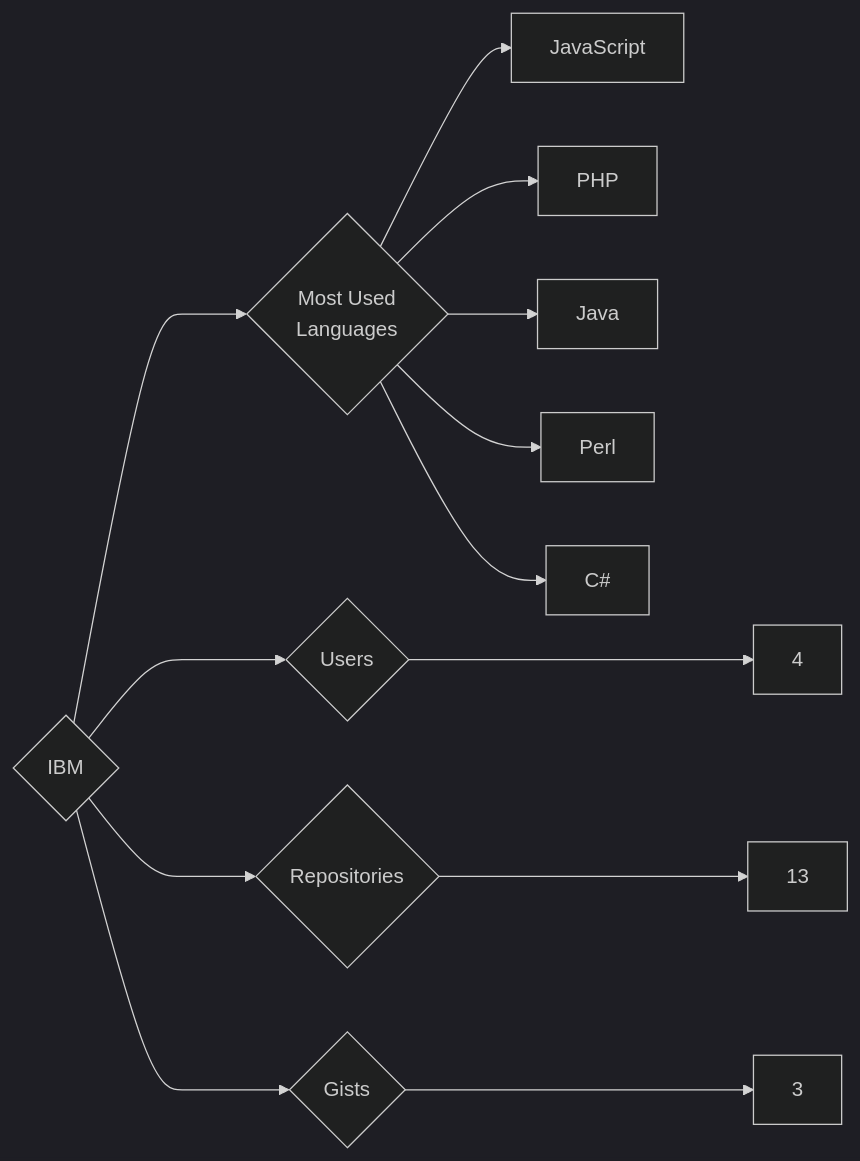
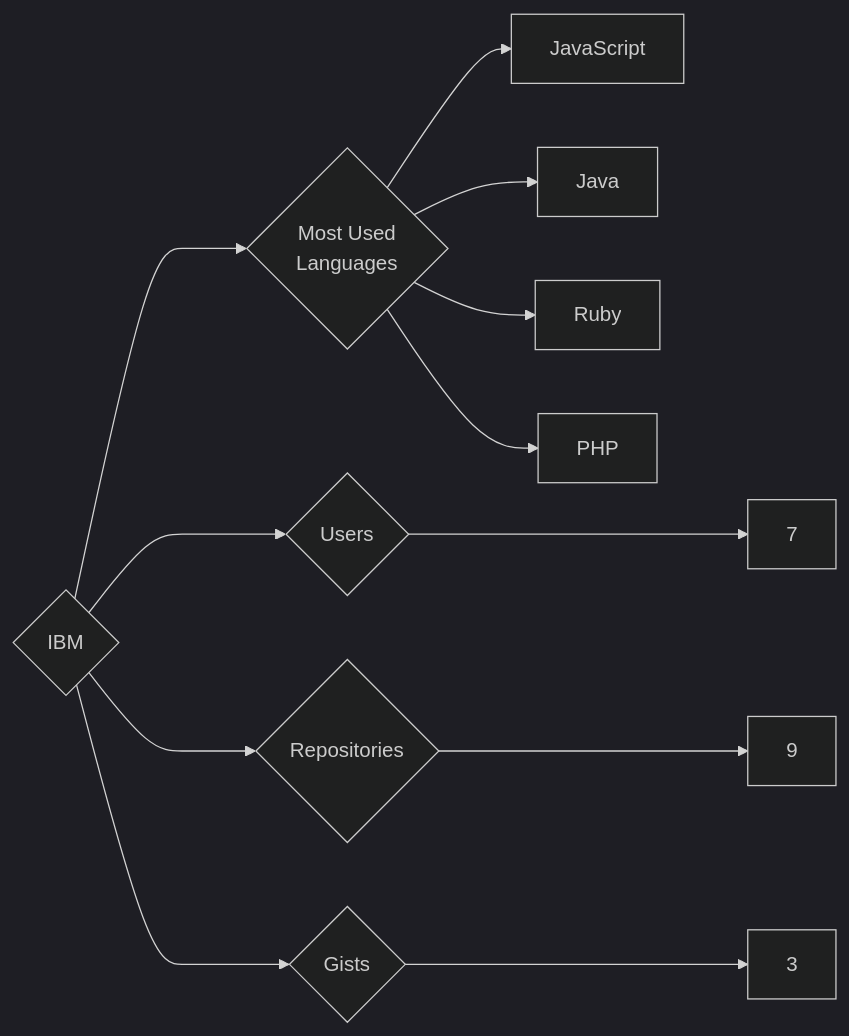
Before and after one commit to trickest/insiders: the diagram in targets/IBM/README.md, drawn with Mermaid (dark theme). The commit also changed 1089 other files, not shown here.

````diff
--- a/targets/IBM/README.md
+++ b/targets/IBM/README.md
@@ -3,13 +3,12 @@
 ```mermaid
 graph LR
 COMPANY_NAME{IBM}
-COMPANY_NAME ---> U{Users} ---> UN[4]
-COMPANY_NAME ---> R{Repositories} ---> RN[13]
+COMPANY_NAME ---> U{Users} ---> UN[7]
+COMPANY_NAME ---> R{Repositories} ---> RN[9]
 COMPANY_NAME ---> G{Gists} ---> GN[3]
 COMPANY_NAME ---> ML{Most Used<br>Languages}
 ML --> JavaScript[JavaScript]
+ML --> Java[Java]
+ML --> Ruby[Ruby]
 ML --> PHP[PHP]
-ML --> Java[Java]
-ML --> Perl[Perl]
-ML --> C#[C#]
 ```
````
